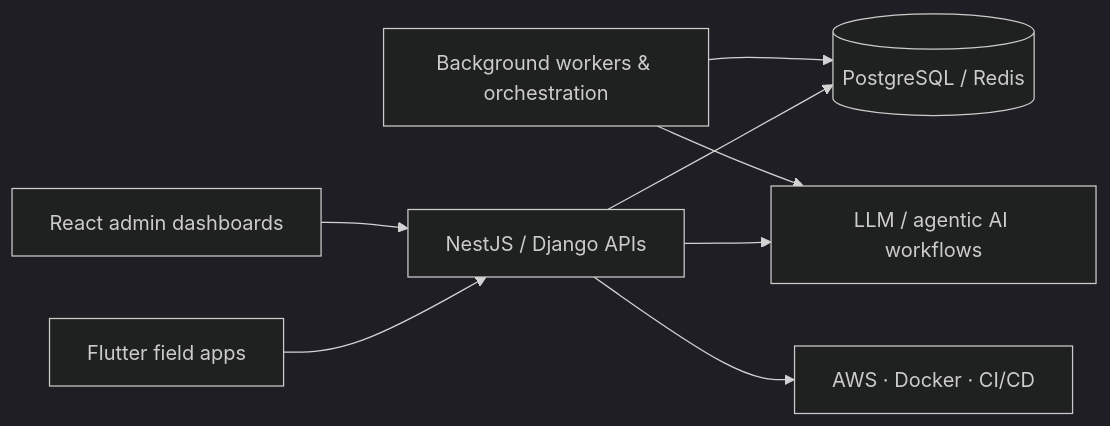
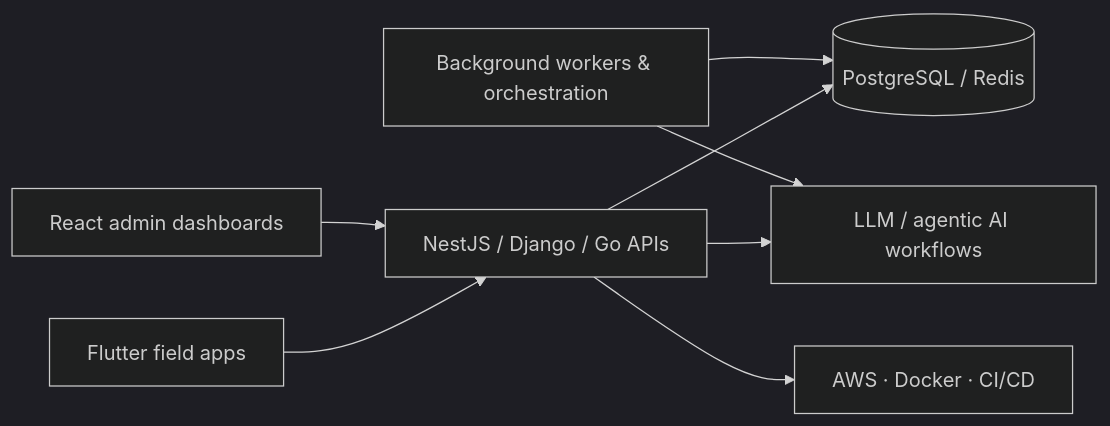
Before and after one commit to eldarandaly/eldarandaly: the diagram in README.md, drawn with Mermaid (dark theme). The commit also changed other lines of this file, not shown here.

````diff
--- a/README.md
+++ b/README.md
@@ -84,10 +85,10 @@
 ```mermaid
 flowchart LR
-  Mobile["Flutter field apps"] --> API["NestJS / Django APIs"]
+  Mobile["Flutter field apps"] --> API["NestJS / Django / Go APIs"]
   Web["React admin dashboards"] --> API
   API --> Data[("PostgreSQL / Redis")]
   API --> AI["LLM / agentic AI workflows"]
   Workers["Background workers & orchestration"] --> AI
   Workers --> Data
   API --> Cloud["AWS · Docker · CI/CD"]
 ```
````
